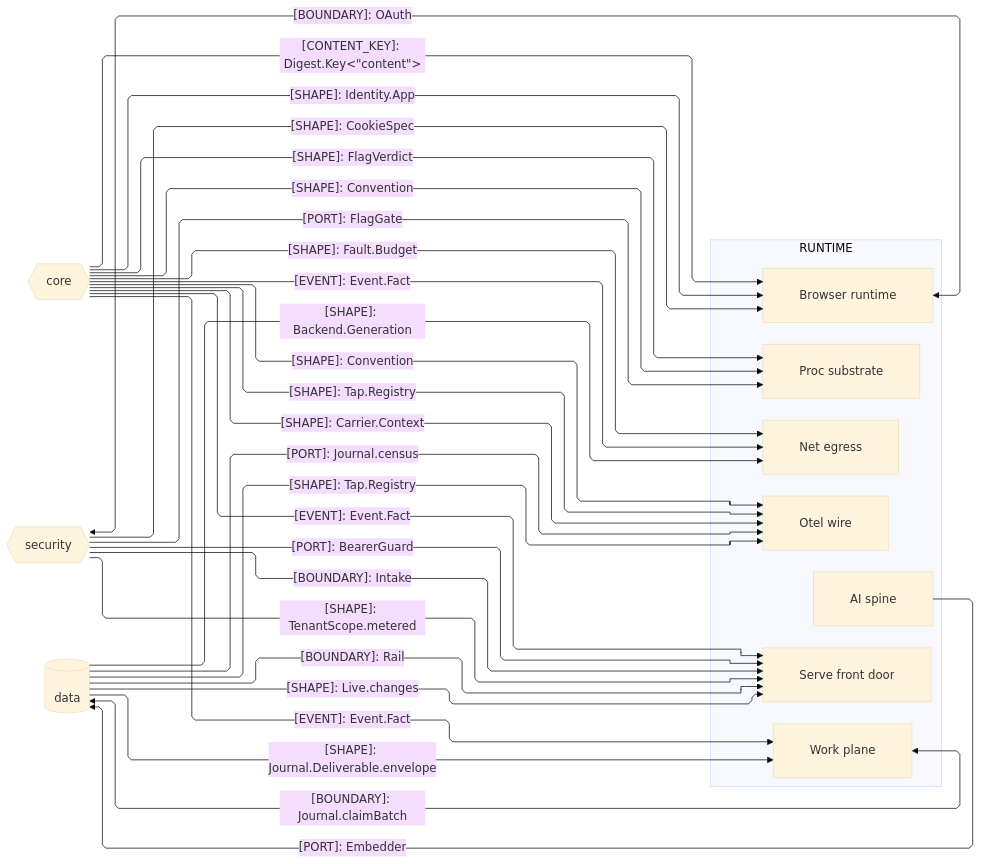
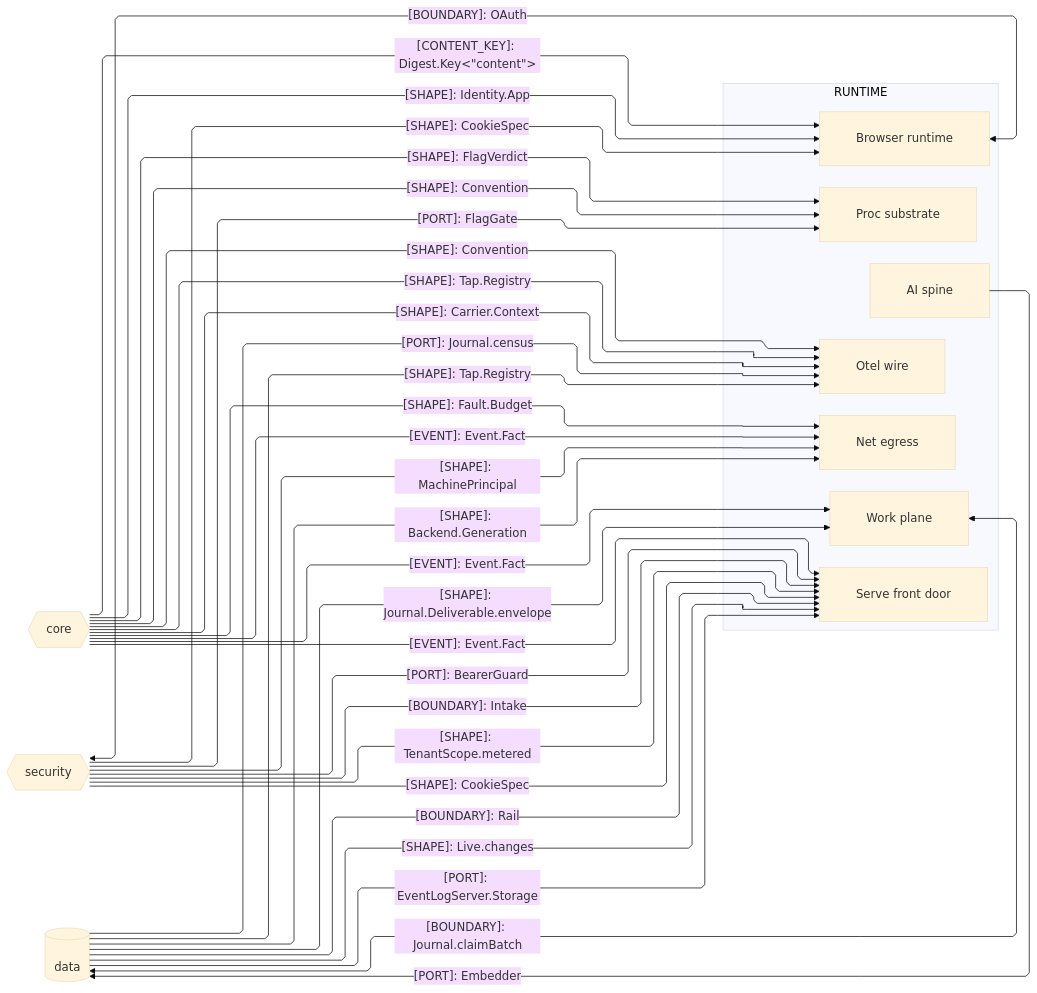
Before and after one commit to bsamiee/Rasm: the second of 4 diagrams in libs/typescript/runtime/ARCHITECTURE.md, drawn with Mermaid (base theme). The commit also changed 277 other files, not shown here.

````diff
--- a/libs/typescript/runtime/ARCHITECTURE.md
+++ b/libs/typescript/runtime/ARCHITECTURE.md
@@ -114,49 +114,52 @@
 ```mermaid
 ---
 config:
   layout: elk
   flowchart:
     curve: linear
     padding: 25
 ---
 flowchart LR
     accTitle: Runtime domain-peer seam registry
     accDescr: Runtime owners exchanging flag, budget, convention, identity, custody, and tap shapes with the core, security, and data peers.
     subgraph runtime[RUNTIME]
         Proc[Proc substrate]
         Net[Net egress]
         Otel[Otel wire]
         Browser[Browser runtime]
         Serve[Serve front door]
         Work[Work plane]
         Ai[AI spine]
     end
     Core{{core}}
     Security{{security}}
     Data[(data)]
     Core e1@-->|"[SHAPE]: FlagVerdict"| Proc
     Core e2@-->|"[SHAPE]: Fault.Budget"| Net
     Core e3@-->|"[SHAPE]: Convention"| Otel
     Core e4@-->|"[CONTENT_KEY]: Digest.Key&lt;&quot;content&quot;&gt;"| Browser
     Core e14@-->|"[SHAPE]: Identity.App"| Browser
     Security e5@-->|"[SHAPE]: CookieSpec"| Browser
     Browser e6@<-->|"[BOUNDARY]: OAuth"| Security
     Security e7@-->|"[PORT]: BearerGuard"| Serve
     Security e8@-->|"[BOUNDARY]: Intake"| Serve
     Security e13@-->|"[PORT]: FlagGate"| Proc
     Data e9@-->|"[BOUNDARY]: Rail"| Serve
     Data e10@-->|"[SHAPE]: Live.changes"| Serve
     Work e11@<-->|"[BOUNDARY]: Journal.claimBatch"| Data
     Ai e12@-->|"[PORT]: Embedder"| Data
     Data e15@-->|"[PORT]: Journal.census"| Otel
     Security e16@-->|"[SHAPE]: TenantScope.metered"| Serve
     Core e17@-->|"[SHAPE]: Tap.Registry"| Otel
     Data e18@-->|"[SHAPE]: Tap.Registry"| Otel
     Data e20@-->|"[SHAPE]: Journal.Deliverable.envelope"| Work
     Core e21@-->|"[SHAPE]: Carrier.Context"| Otel
     Data e22@-->|"[SHAPE]: Backend.Generation"| Net
     Core e23@-->|"[SHAPE]: Convention"| Proc
     Core e24@-->|"[EVENT]: Event.Fact"| Net
     Core e25@-->|"[EVENT]: Event.Fact"| Serve
     Core e26@-->|"[EVENT]: Event.Fact"| Work
+    Security e27@-->|"[SHAPE]: CookieSpec"| Serve
+    Security e28@-->|"[SHAPE]: MachinePrincipal"| Net
+    Data e19@-->|"[PORT]: EventLogServer.Storage"| Serve
 ```
````
